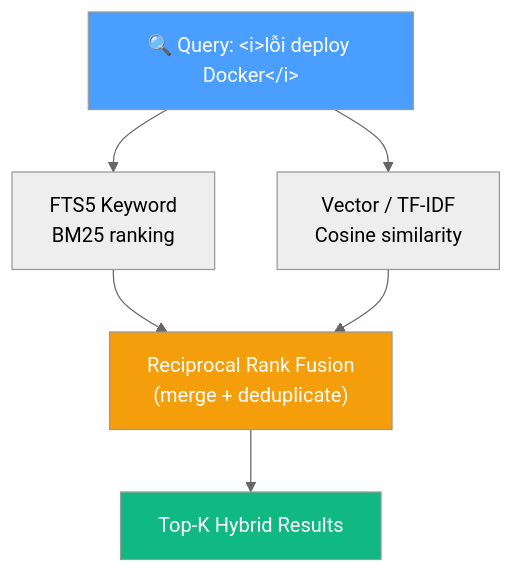
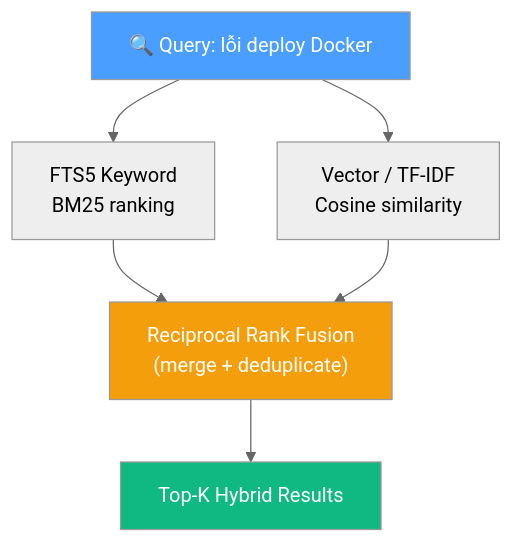
The second of 3 diagrams in README.md (magicpro97/copilot-session-knowledge), drawn with Mermaid (neutral theme) before and after one commit.

Commit message:
docs: remove HTML tags from Mermaid diagram

````diff
--- a/README.md
+++ b/README.md
@@ -165,16 +165,16 @@
 ```mermaid
 flowchart TD
-  Q["🔍 Query: &lt;i&gt;lỗi deploy Docker&lt;/i&gt;"]
+  Q["🔍 Query: lỗi deploy Docker"]
 
   Q --> FTS["FTS5 Keyword<br/>BM25 ranking"]
   Q --> VEC["Vector / TF-IDF<br/>Cosine similarity"]
 
   FTS --> RRF["Reciprocal Rank Fusion<br/>(merge + deduplicate)"]
   VEC --> RRF
 
   RRF --> RES["Top-K Hybrid Results"]
 
   style Q fill:#4a9eff,color:#fff
   style RRF fill:#f59e0b,color:#fff
   style RES fill:#10b981,color:#fff
 ```
````
